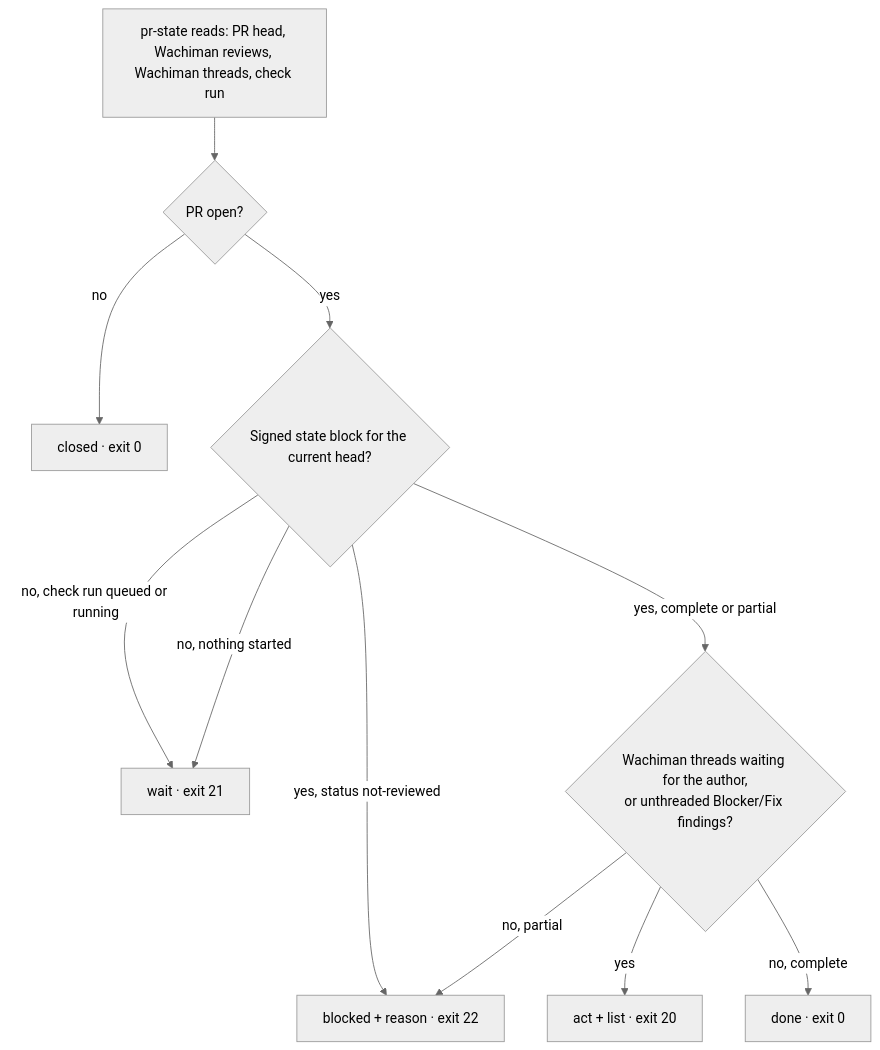
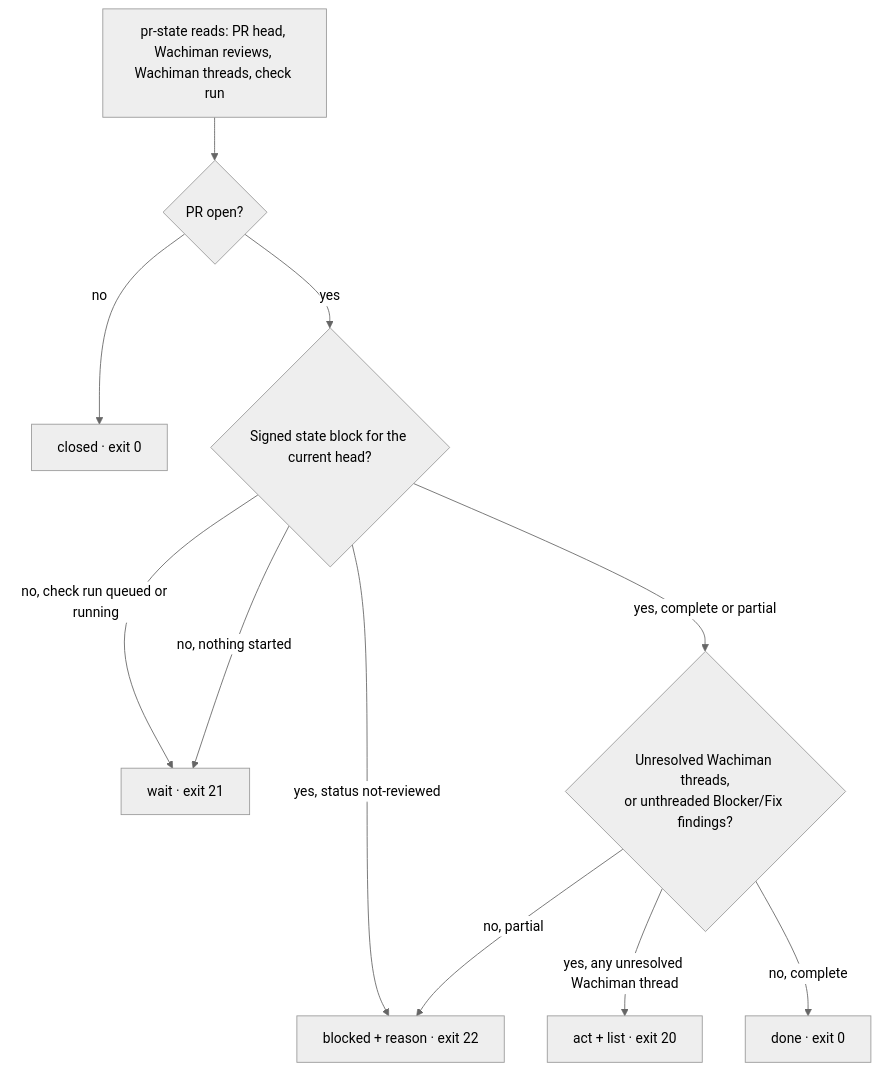
One commit to niway-dev/wachiman changed the diagram in docs/specs/2026-11-19-pr-state-design.md. Above: the diagram before and after it, drawn with Mermaid (neutral theme). The commit also changed other lines of this file and 1 other file, not shown here.

First line of the commit message:
docs(spec): carry base updates, build counts from the posted body, keep every open thread, skip scoped reviews

````diff
--- a/docs/specs/2026-11-19-pr-state-design.md
+++ b/docs/specs/2026-11-19-pr-state-design.md
@@ -20,13 +20,13 @@
 ```mermaid
 flowchart TD
   P[pr-state reads: PR head, Wachiman reviews, Wachiman threads, check run] --> C{PR open?}
   C -- no --> X[closed · exit 0]
   C -- yes --> H{Signed state block for the current head?}
   H -- no, check run queued or running --> W[wait · exit 21]
   H -- no, nothing started --> W
   H -- yes, status not-reviewed --> B[blocked + reason · exit 22]
-  H -- yes, complete or partial --> T{Wachiman threads waiting for the author,<br/>or unthreaded Blocker/Fix findings?}
-  T -- yes --> A[act + list · exit 20]
+  H -- yes, complete or partial --> T{Unresolved Wachiman threads,<br/>or unthreaded Blocker/Fix findings?}
+  T -- yes, any unresolved Wachiman thread --> A[act + list · exit 20]
   T -- no, partial --> B
   T -- no, complete --> D[done · exit 0]
 ```
````
